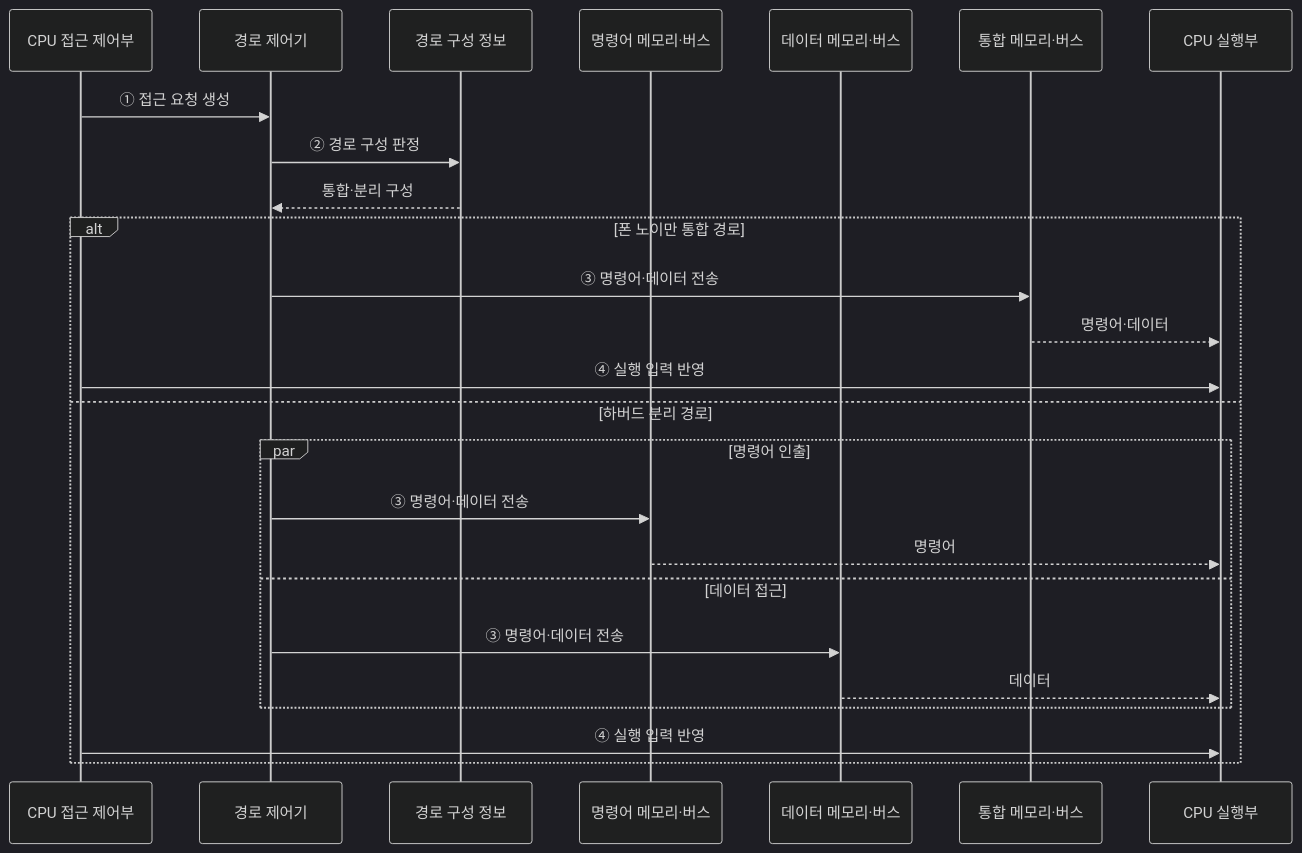
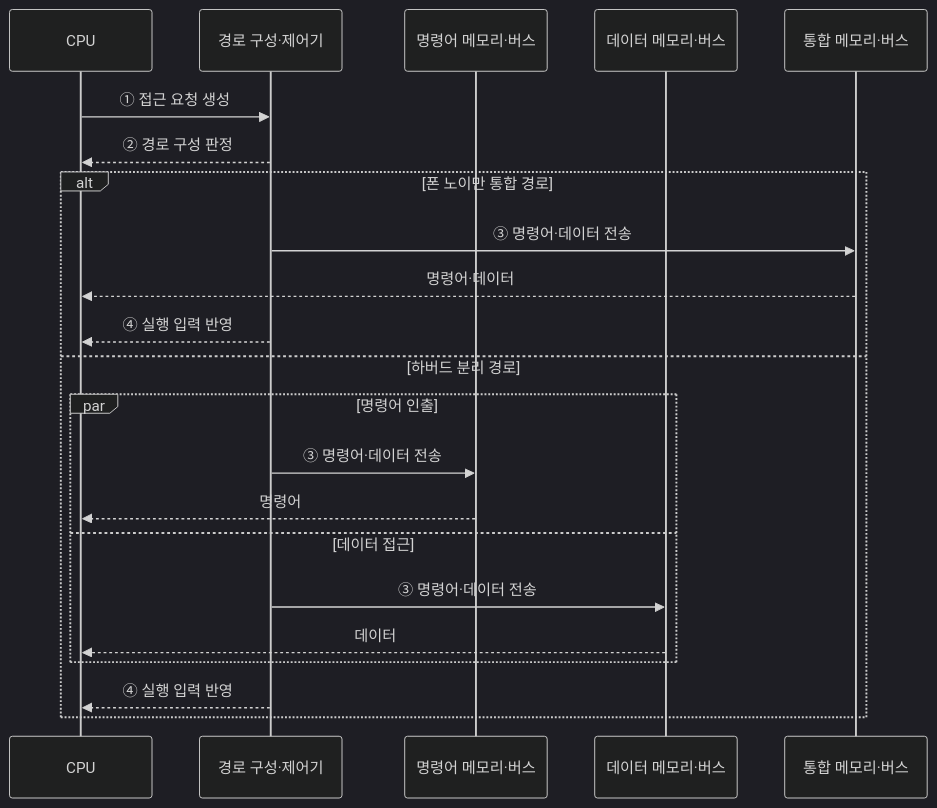
The second of 2 diagrams in src/content/docs/notes/02-hardware/001_von_neumann_vs_harvard.md (agnusdei1207/knowledge-base), drawn with Mermaid (dark theme) before and after one commit. The commit also changed other lines of this file and 20 other files, not shown here.

````diff
--- a/src/content/docs/notes/02-hardware/001_von_neumann_vs_harvard.md
+++ b/src/content/docs/notes/02-hardware/001_von_neumann_vs_harvard.md
@@ -80,27 +80,24 @@
 ```mermaid
 sequenceDiagram
-    participant C as CPU 접근 제어부
-    participant P as 경로 제어기
-    participant K as 경로 구성 정보
+    participant C as CPU
+    participant P as 경로 구성·제어기
     participant I as 명령어 메모리·버스
     participant D as 데이터 메모리·버스
     participant M as 통합 메모리·버스
-    participant E as CPU 실행부
     C->>P: ① 접근 요청 생성
-    P->>K: ② 경로 구성 판정
-    K-->>P: 통합·분리 구성
+    P-->>C: ② 경로 구성 판정
     alt 폰 노이만 통합 경로
         P->>M: ③ 명령어·데이터 전송
-        M-->>E: 명령어·데이터
-        C->>E: ④ 실행 입력 반영
+        M-->>C: 명령어·데이터
+        P-->>C: ④ 실행 입력 반영
     else 하버드 분리 경로
         par 명령어 인출
             P->>I: ③ 명령어·데이터 전송
-            I-->>E: 명령어
+            I-->>C: 명령어
         and 데이터 접근
             P->>D: ③ 명령어·데이터 전송
-            D-->>E: 데이터
+            D-->>C: 데이터
         end
-        C->>E: ④ 실행 입력 반영
+        P-->>C: ④ 실행 입력 반영
     end
 ```
````
